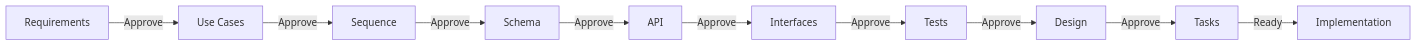
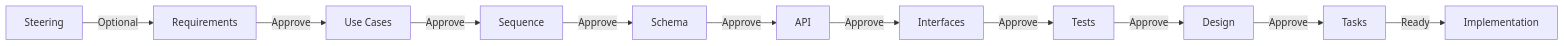
Before and after one commit to engineers-hub-ltd-in-house-project/kiro-sdd: the diagram in README.md, drawn with Mermaid. The commit also changed other lines of this file and 27 other files, not shown here.

````diff
--- a/README.md
+++ b/README.md
@@ -33,12 +45,13 @@
 ```mermaid
 graph LR
-    A[Requirements] -->|Approve| B[Use Cases]
-    B -->|Approve| C[Sequence]
-    C -->|Approve| D[Schema]
-    D -->|Approve| E[API]
-    E -->|Approve| F[Interfaces]
-    F -->|Approve| G[Tests]
-    G -->|Approve| H[Design]
-    H -->|Approve| I[Tasks]
-    I -->|Ready| J[Implementation]
+    S[Steering] -->|Optional| R[Requirements]
+    R -->|Approve| U[Use Cases]
+    U -->|Approve| Seq[Sequence]
+    Seq -->|Approve| Sch[Schema]
+    Sch -->|Approve| A[API]
+    A -->|Approve| I[Interfaces]
+    I -->|Approve| T[Tests]
+    T -->|Approve| D[Design]
+    D -->|Approve| Tasks[Tasks]
+    Tasks -->|Ready| Impl[Implementation]
 ```
````
